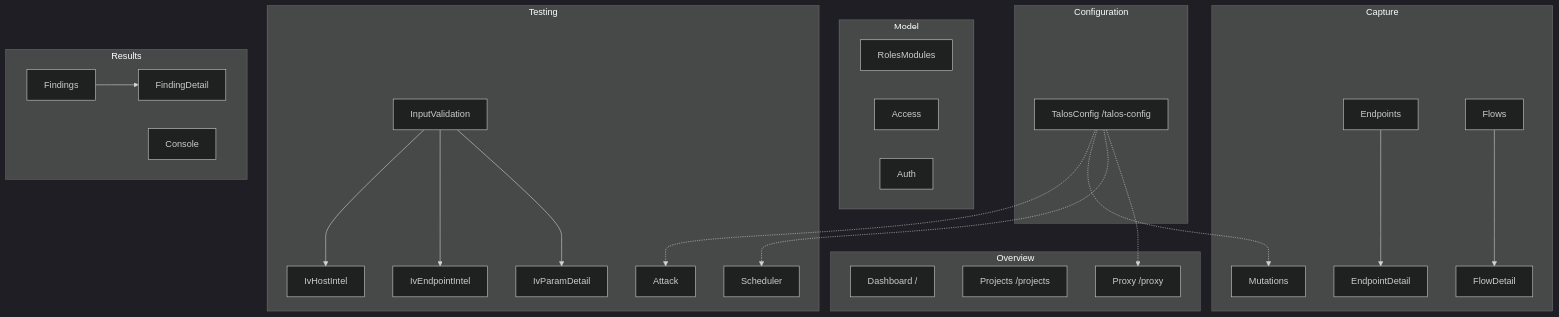
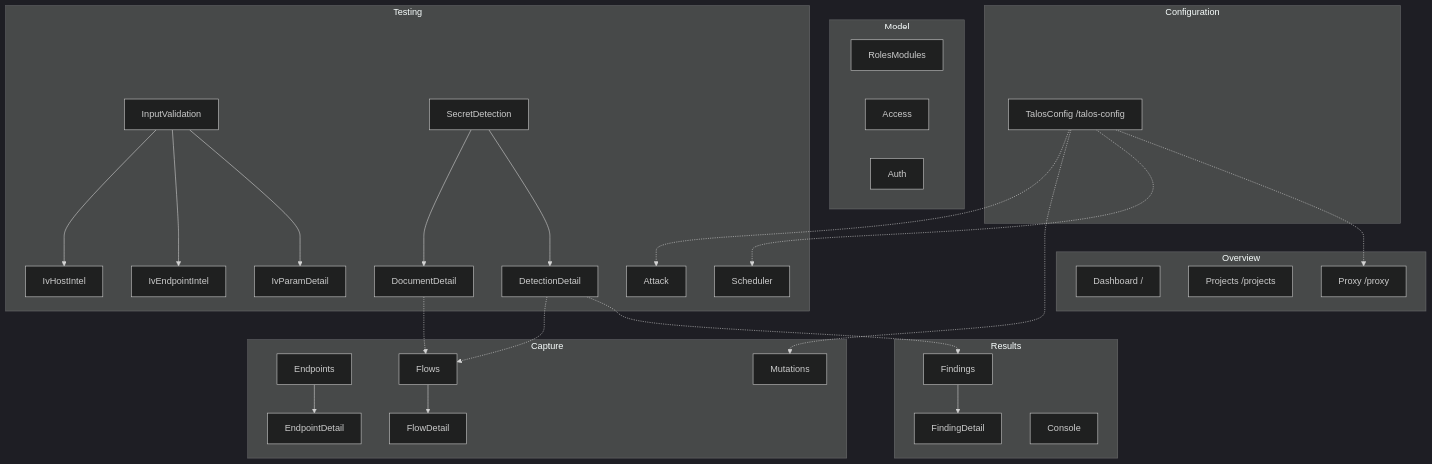
The diagram in docs/control-panel/pages.md (himanshugupta2077/talos), drawn with Mermaid (dark theme) before and after one commit. The commit also changed other lines of this file and 49 other files, not shown here.

First line of the commit message:
feat(control-panel): Secret Detection workspace with full passive CLI parity

````diff
--- a/docs/control-panel/pages.md
+++ b/docs/control-panel/pages.md
@@ -5,46 +5,54 @@
 ```mermaid
 flowchart TD
   subgraph overview [Overview]
     D[Dashboard /]
     P[Projects /projects]
     X[Proxy /proxy]
   end
   subgraph model [Model]
     RM[RolesModules]
     A[Access]
     AU[Auth]
   end
   subgraph capture [Capture]
     E[Endpoints]
     ED[EndpointDetail]
     F[Flows]
     FD[FlowDetail]
     M[Mutations]
   end
   subgraph testing [Testing]
     S[Scheduler]
     AT[Attack]
     IV[InputValidation]
     IVP[IvParamDetail]
     IVE[IvEndpointIntel]
     IVH[IvHostIntel]
+    SI[SecretDetection]
+    SID[DetectionDetail]
+    SIDO[DocumentDetail]
   end
   subgraph configuration [Configuration]
     TC[TalosConfig /talos-config]
   end
   subgraph results [Results]
     FI[Findings]
     FID[FindingDetail]
     C[Console]
   end
   E --> ED
   F --> FD
   FI --> FID
   IV --> IVP
   IV --> IVE
   IV --> IVH
+  SI --> SID
+  SI --> SIDO
+  SID -.-> FI
+  SID -.-> F
+  SIDO -.-> F
   TC -.-> X
   TC -.-> S
   TC -.-> M
   TC -.-> AT
 ```
````
